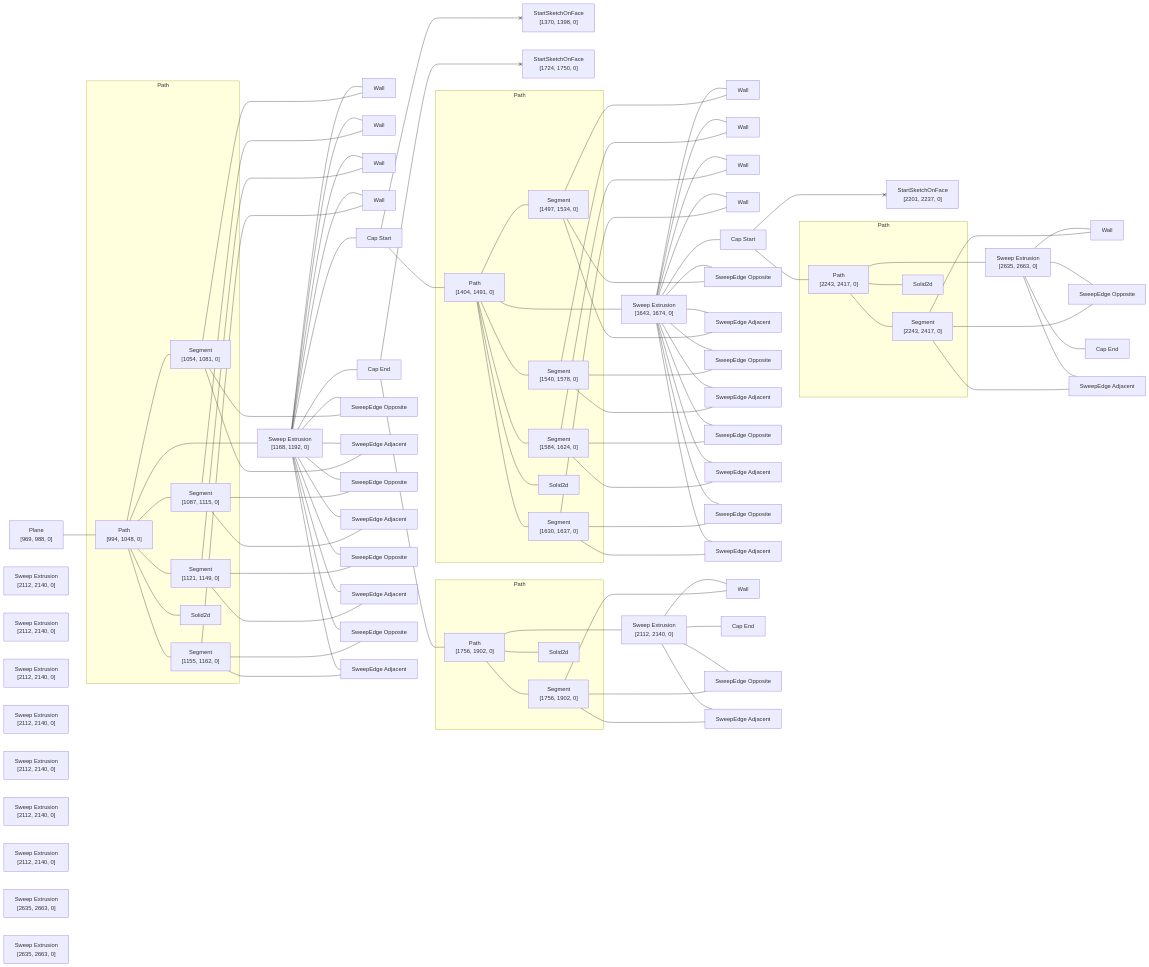
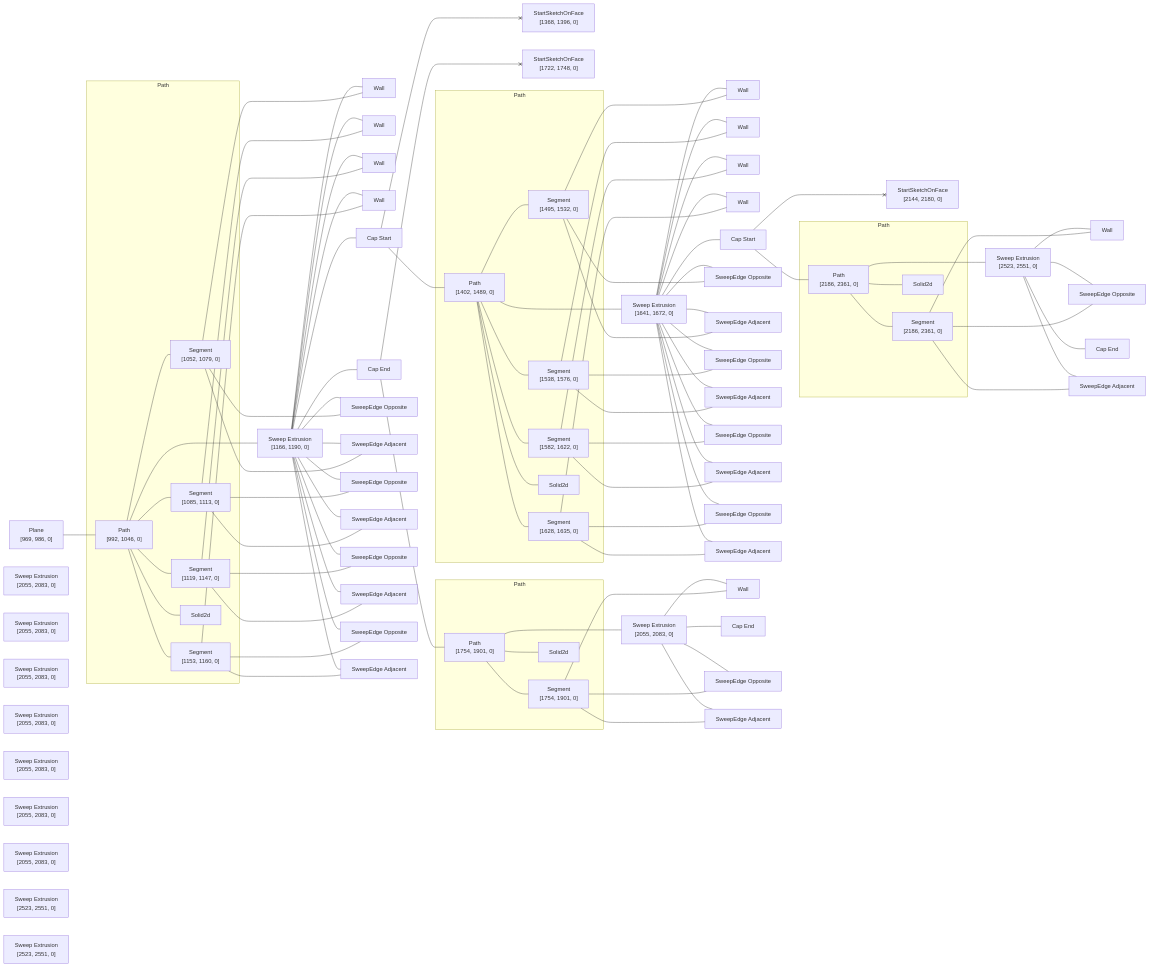
The diagram in rust/kcl-lib/tests/kcl_samples/lego/artifact_graph_flowchart.snap.md (KittyCAD/modeling-app), drawn with Mermaid before and after one commit. The commit also changed 134 other files, not shown here.

````diff
--- a/rust/kcl-lib/tests/kcl_samples/lego/artifact_graph_flowchart.snap.md
+++ b/rust/kcl-lib/tests/kcl_samples/lego/artifact_graph_flowchart.snap.md
@@ -1,33 +1,33 @@
 ```mermaid
 flowchart LR
   subgraph path2 [Path]
-    2["Path<br>[994, 1048, 0]"]
-    3["Segment<br>[1054, 1081, 0]"]
-    4["Segment<br>[1087, 1115, 0]"]
-    5["Segment<br>[1121, 1149, 0]"]
-    6["Segment<br>[1155, 1162, 0]"]
+    2["Path<br>[992, 1046, 0]"]
+    3["Segment<br>[1052, 1079, 0]"]
+    4["Segment<br>[1085, 1113, 0]"]
+    5["Segment<br>[1119, 1147, 0]"]
+    6["Segment<br>[1153, 1160, 0]"]
     7[Solid2d]
   end
   subgraph path23 [Path]
-    23["Path<br>[1404, 1491, 0]"]
-    24["Segment<br>[1497, 1534, 0]"]
-    25["Segment<br>[1540, 1578, 0]"]
-    26["Segment<br>[1584, 1624, 0]"]
-    27["Segment<br>[1630, 1637, 0]"]
+    23["Path<br>[1402, 1489, 0]"]
+    24["Segment<br>[1495, 1532, 0]"]
+    25["Segment<br>[1538, 1576, 0]"]
+    26["Segment<br>[1582, 1622, 0]"]
+    27["Segment<br>[1628, 1635, 0]"]
     28[Solid2d]
   end
   subgraph path43 [Path]
-    43["Path<br>[1756, 1902, 0]"]
-    44["Segment<br>[1756, 1902, 0]"]
+    43["Path<br>[1754, 1901, 0]"]
+    44["Segment<br>[1754, 1901, 0]"]
     45[Solid2d]
   end
   subgraph path58 [Path]
-    58["Path<br>[2243, 2417, 0]"]
-    59["Segment<br>[2243, 2417, 0]"]
+    58["Path<br>[2186, 2361, 0]"]
+    59["Segment<br>[2186, 2361, 0]"]
     60[Solid2d]
   end
-  1["Plane<br>[969, 988, 0]"]
-  8["Sweep Extrusion<br>[1168, 1192, 0]"]
+  1["Plane<br>[969, 986, 0]"]
+  8["Sweep Extrusion<br>[1166, 1190, 0]"]
   9[Wall]
   10[Wall]
   11[Wall]
@@ -42,7 +42,7 @@
   20["SweepEdge Adjacent"]
   21["SweepEdge Opposite"]
   22["SweepEdge Adjacent"]
-  29["Sweep Extrusion<br>[1643, 1674, 0]"]
+  29["Sweep Extrusion<br>[1641, 1672, 0]"]
   30[Wall]
   31[Wall]
   32[Wall]
@@ -56,28 +56,28 @@
   40["SweepEdge Adjacent"]
   41["SweepEdge Opposite"]
   42["SweepEdge Adjacent"]
-  46["Sweep Extrusion<br>[2112, 2140, 0]"]
+  46["Sweep Extrusion<br>[2055, 2083, 0]"]
   47[Wall]
   48["Cap End"]
   49["SweepEdge Opposite"]
   50["SweepEdge Adjacent"]
-  51["Sweep Extrusion<br>[2112, 2140, 0]"]
-  52["Sweep Extrusion<br>[2112, 2140, 0]"]
-  53["Sweep Extrusion<br>[2112, 2140, 0]"]
-  54["Sweep Extrusion<br>[2112, 2140, 0]"]
-  55["Sweep Extrusion<br>[2112, 2140, 0]"]
-  56["Sweep Extrusion<br>[2112, 2140, 0]"]
-  57["Sweep Extrusion<br>[2112, 2140, 0]"]
-  61["Sweep Extrusion<br>[2635, 2663, 0]"]
+  51["Sweep Extrusion<br>[2055, 2083, 0]"]
+  52["Sweep Extrusion<br>[2055, 2083, 0]"]
+  53["Sweep Extrusion<br>[2055, 2083, 0]"]
+  54["Sweep Extrusion<br>[2055, 2083, 0]"]
+  55["Sweep Extrusion<br>[2055, 2083, 0]"]
+  56["Sweep Extrusion<br>[2055, 2083, 0]"]
+  57["Sweep Extrusion<br>[2055, 2083, 0]"]
+  61["Sweep Extrusion<br>[2523, 2551, 0]"]
   62[Wall]
   63["Cap End"]
   64["SweepEdge Opposite"]
   65["SweepEdge Adjacent"]
-  66["Sweep Extrusion<br>[2635, 2663, 0]"]
-  67["Sweep Extrusion<br>[2635, 2663, 0]"]
-  68["StartSketchOnFace<br>[1370, 1398, 0]"]
-  69["StartSketchOnFace<br>[1724, 1750, 0]"]
-  70["StartSketchOnFace<br>[2201, 2237, 0]"]
+  66["Sweep Extrusion<br>[2523, 2551, 0]"]
+  67["Sweep Extrusion<br>[2523, 2551, 0]"]
+  68["StartSketchOnFace<br>[1368, 1396, 0]"]
+  69["StartSketchOnFace<br>[1722, 1748, 0]"]
+  70["StartSketchOnFace<br>[2144, 2180, 0]"]
   1 --- 2
   2 --- 3
   2 --- 4
````
